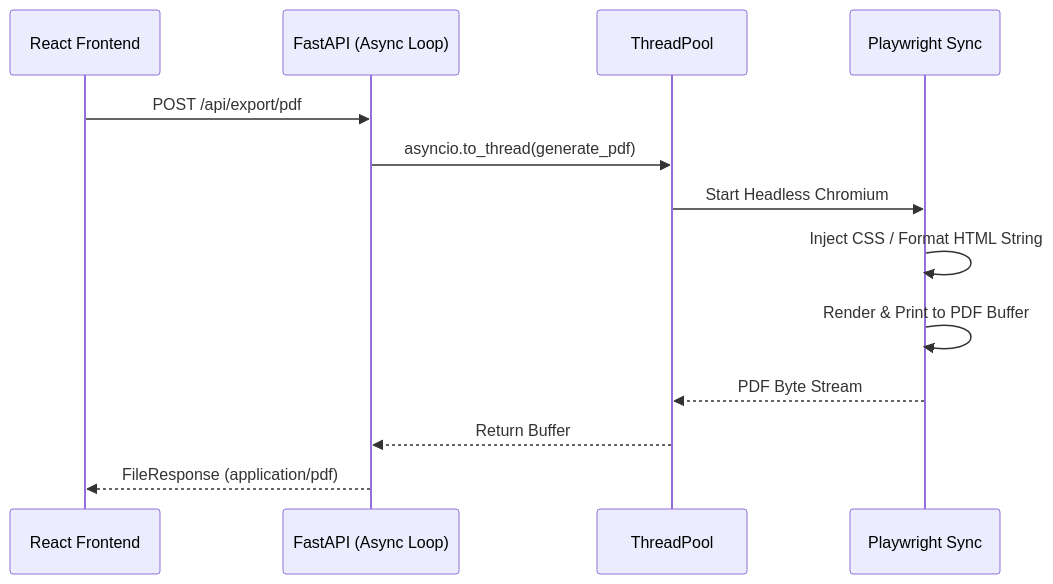
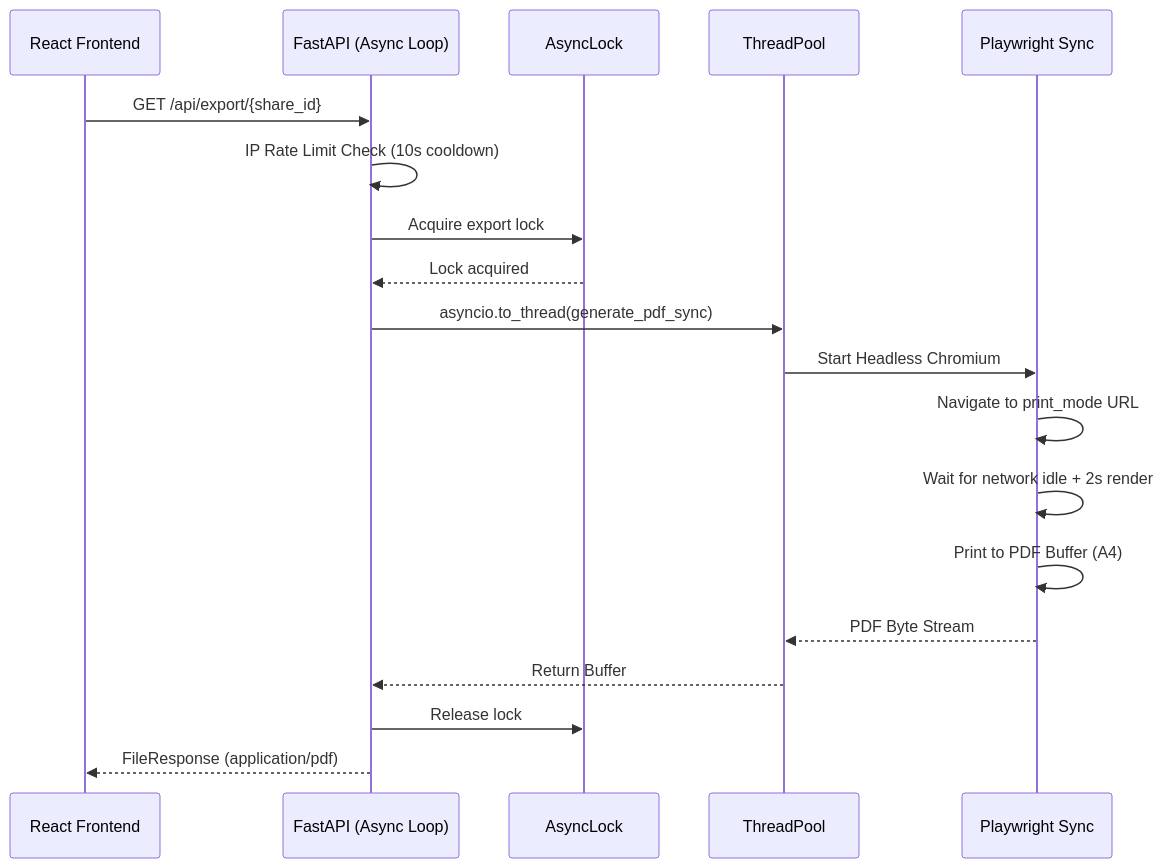
One commit to dharshan-devx/Ai-Decision-Engine changed the fifth of 8 diagrams in Architecture.md. Above: the diagram before and after it, drawn with Mermaid. The commit also changed other lines of this file, not shown here.

````diff
--- a/Architecture.md
+++ b/Architecture.md
@@ -108,16 +208,22 @@
 ```mermaid
 sequenceDiagram
     participant React Frontend
     participant FastAPI (Async Loop)
+    participant AsyncLock
     participant ThreadPool
     participant Playwright Sync
 
-    React Frontend->>FastAPI (Async Loop): POST /api/export/pdf
-    FastAPI (Async Loop)->>ThreadPool: asyncio.to_thread(generate_pdf)
+    React Frontend->>FastAPI (Async Loop): GET /api/export/{share_id}
+    FastAPI (Async Loop)->>FastAPI (Async Loop): IP Rate Limit Check (10s cooldown)
+    FastAPI (Async Loop)->>AsyncLock: Acquire export lock
+    AsyncLock-->>FastAPI (Async Loop): Lock acquired
+    FastAPI (Async Loop)->>ThreadPool: asyncio.to_thread(generate_pdf_sync)
     ThreadPool->>Playwright Sync: Start Headless Chromium
-    Playwright Sync->>Playwright Sync: Inject CSS / Format HTML String
-    Playwright Sync->>Playwright Sync: Render & Print to PDF Buffer
+    Playwright Sync->>Playwright Sync: Navigate to print_mode URL
+    Playwright Sync->>Playwright Sync: Wait for network idle + 2s render
+    Playwright Sync->>Playwright Sync: Print to PDF Buffer (A4)
     Playwright Sync-->>ThreadPool: PDF Byte Stream
     ThreadPool-->>FastAPI (Async Loop): Return Buffer
+    FastAPI (Async Loop)->>AsyncLock: Release lock
     FastAPI (Async Loop)-->>React Frontend: FileResponse (application/pdf)
 ```
````
